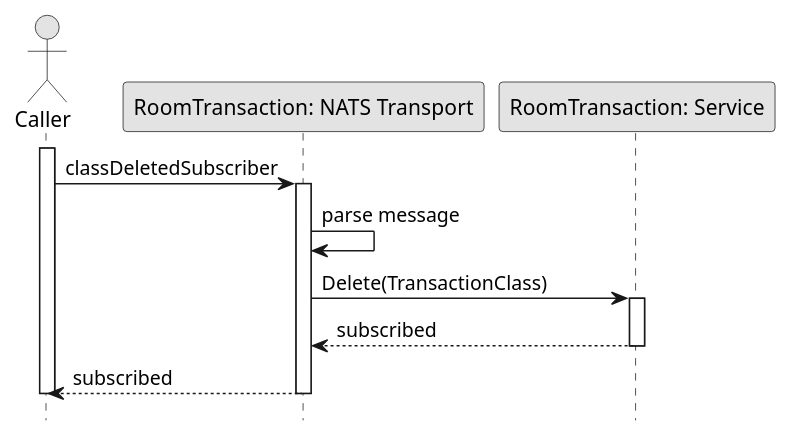
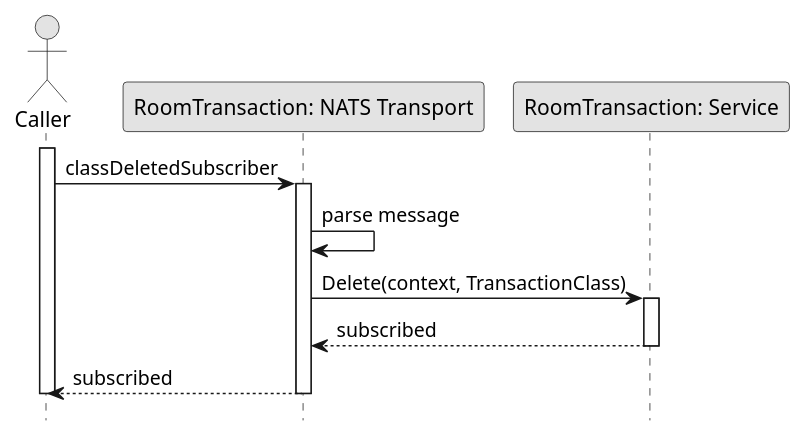
The diagram in Sequence/Release02/TRANSACTION_SubscribeClassDelete.wsd (fwidjaya20/fazzlearning-uml), drawn with PlantUML before and after one commit. The commit also changed 29 other files, not shown here.

Commit message:
fix(sequence): fix invalid sequence

```diff
--- a/Sequence/Release02/TRANSACTION_SubscribeClassDelete.wsd
+++ b/Sequence/Release02/TRANSACTION_SubscribeClassDelete.wsd
@@ -1,26 +1,26 @@
 @startuml SubscribeClassDeleted
 
 skinparam ConditionStyle hline
 skinparam Monochrome true
 skinparam Shadowing false
 hide footbox
 
 actor Caller
 participant "RoomTransaction: NATS Transport" as RoomTransactionNATSTransport
 participant "RoomTransaction: Service" as RoomTransactionService
 
 activate Caller
 
 Caller->RoomTransactionNATSTransport: classDeletedSubscriber
 activate RoomTransactionNATSTransport
 RoomTransactionNATSTransport->RoomTransactionNATSTransport: parse message
-RoomTransactionNATSTransport->RoomTransactionService: Delete(TransactionClass)
+RoomTransactionNATSTransport->RoomTransactionService: Delete(context, TransactionClass)
 activate RoomTransactionService
 RoomTransactionService-->RoomTransactionNATSTransport: subscribed
 deactivate RoomTransactionService
 RoomTransactionNATSTransport-->Caller: subscribed
 deactivate RoomTransactionNATSTransport
 
 deactivate Caller
 
 @enduml
```
